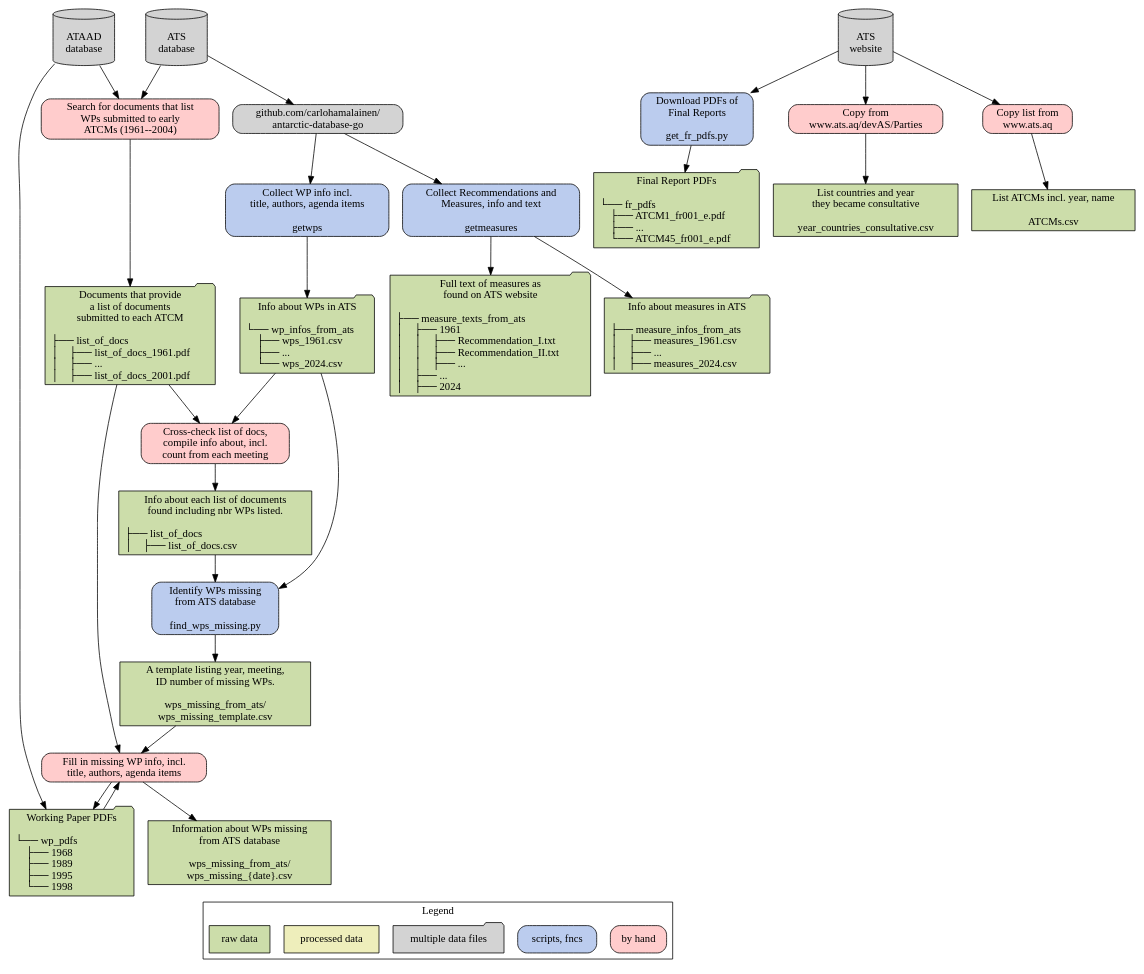
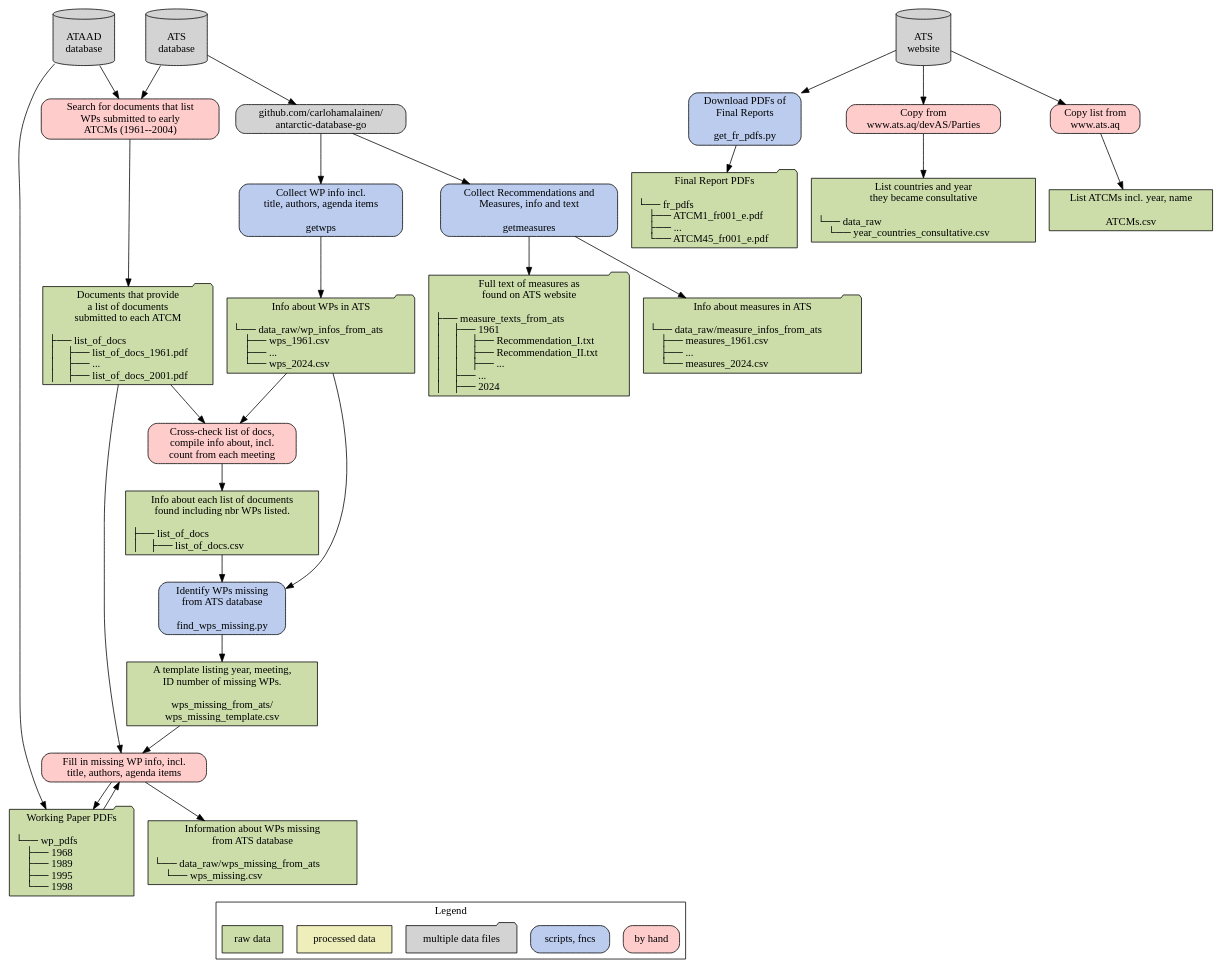
One commit to nadiahpk/antarctic-treaty-system-investigation changed the diagram in docs/data_raw/data_raw.dot. Above: the diagram before and after it, drawn with Graphviz. The commit also changed 11 other files, not shown here.

```diff
--- a/docs/data_raw/data_raw.dot
+++ b/docs/data_raw/data_raw.dot
@@ -1,88 +1,88 @@
 digraph {
 	graph [rankdir=TD];
 	node [label="\N", shape=rectangle, color="black"];
 
     // legend - separate out at end
     subgraph cluster_legend {
         label="Legend";
         leg3 [label="by hand", fillcolor="#ffcccc", style="rounded, filled"];
         // leg5 [label="scripts, fncs w. LLM", fillcolor="#cceeff", style="rounded, filled"];
         leg2 [label="scripts, fncs", fillcolor="#bbccee", style="rounded, filled"];
         leg4 [label="multiple data files", fillcolor="lightgray", style="filled", shape=folder];
         leg1 [label="processed data", fillcolor="#eeeebb", style="filled"];
         leg0 [label="raw data", fillcolor="#ccddaa", style="filled"];
         {rank="same" leg1 leg0 leg4 leg2 leg3};
     }
 
     // nodes
     { // databases
         node [fillcolor="lightgray", style="filled", shape="cylinder"];
         ATS [label="\nATS\ndatabase"];
         ATAAD [label="\nATAAD\ndatabase"];
         ATS_web [label="\nATS\nwebsite"];
         {rank="source" ATS ATAAD ATS_web};
     }
     { // Carlo's package
         node [style="rounded, filled", fillcolor="lightgray"];
         adg [label="github.com/carlohamalainen/\nantarctic-database-go"];
     }
     { // scripts and functions
         node [style="rounded, filled"];
         { // No LLM
             node [fillcolor="#bbccee"];
             getwps [label="Collect WP info incl.\ntitle, authors, agenda items\n\ngetwps"];
             getmeasures [label="Collect Recommendations and\nMeasures, info and text\n\ngetmeasures"];
             find_wps_missing [label="Identify WPs missing\nfrom ATS database\n\nfind_wps_missing.py"];
             get_fr_pdfs [label="Download PDFs of\nFinal Reports\n\nget_fr_pdfs.py"];
         }
         { // LLM
             node [fillcolor="#cceeff"];
         }
     { // raw data
         node [fillcolor="#ccddaa", style="filled"];
-        wp_infos_ats [label="Info about WPs in ATS\n\l└── wp_infos_from_ats\l     ├── wps_1961.csv\l     ├── ...\l     └── wps_2024.csv\l",shape="folder"];
-        measure_infos_ats [label="Info about measures in ATS\n\l├── measure_infos_from_ats\l│    ├── measures_1961.csv\l│    ├── ...\l│    ├── measures_2024.csv\l",shape="folder"];
+        wp_infos_ats [label="Info about WPs in ATS\n\l└── data_raw/wp_infos_from_ats\l     ├── wps_1961.csv\l     ├── ...\l     └── wps_2024.csv\l",shape="folder"];
+        measure_infos_ats [label="Info about measures in ATS\n\l└── data_raw/measure_infos_from_ats\l     ├── measures_1961.csv\l     ├── ...\l     └── measures_2024.csv\l",shape="folder"];
         measure_texts_ats [label="Full text of measures as\n found on ATS website\n\l├── measure_texts_from_ats\l│    ├── 1961\l│    │    ├── Recommendation_I.txt\l│    │    ├── Recommendation_II.txt\l│    │    ├── ...\l│    ├── ...\l│    ├── 2024\l",shape="folder"];
         list_of_docs_pdf [label="Documents that provide\na list of documents\nsubmitted to each ATCM\n\l├── list_of_docs\l│    ├── list_of_docs_1961.pdf\l│    ├── ...\l│    ├── list_of_docs_2001.pdf\l",shape="folder"];
         list_of_docs_csv [label="Info about each list of documents\nfound including nbr WPs listed.\n\n├── list_of_docs\l│    ├── list_of_docs.csv\l"];
         wps_missing_template [label="A template listing year, meeting,\nID number of missing WPs.\n\nwps_missing_from_ats/\nwps_missing_template.csv"];
-        wps_missing_csv [label="Information about WPs missing\nfrom ATS database\n\nwps_missing_from_ats/\nwps_missing_{date}.csv"];
+        wps_missing_csv [label="Information about WPs missing\nfrom ATS database\n\l└── data_raw/wps_missing_from_ats\l     └── wps_missing.csv\l"];
         wp_pdfs [label="Working Paper PDFs\n\n└── wp_pdfs\l     ├── 1968\l     ├── 1989\l     ├── 1995\l     └── 1998\l",shape="folder"];
         fr_pdfs [label="Final Report PDFs\n\n└── fr_pdfs\l     ├── ATCM1_fr001_e.pdf\l     ├── ...\l     └── ATCM45_fr001_e.pdf\l",shape="folder"];
-        year_countries_consultative [label="List countries and year\nthey became consultative\n\nyear_countries_consultative.csv"];
+        year_countries_consultative [label="List countries and year\nthey became consultative\n\l└── data_raw\l     └── year_countries_consultative.csv\l"];
         ATCMs [label="List ATCMs incl. year, name\n\nATCMs.csv"];
     }
 
     { // processed-data nodes
         node [fillcolor="#eeeebb", style="filled"];
         // node_name [label="words\n\nfile.txt"];
     }
     }
     { // by hand
         node [fillcolor="#ffcccc", style="rounded, filled"];
         search_list_of_docs [label="Search for documents that list\nWPs submitted to early\nATCMs (1961--2004)"];
         read_list_of_docs [label="Cross-check list of docs,\ncompile info about, incl.\ncount from each meeting"];
         fill_in_missing_wps [label="Fill in missing WP info, incl.\ntitle, authors, agenda items"];
         dload_year_countries_consultative [label="Copy from\nwww.ats.aq/devAS/Parties"];
         dload_ATCMs [label="Copy list from\nwww.ats.aq"];
     }
     { // Result
         node [shape="plaintext"];
         // dot_graph [label="Graph of connections between\n WPs, Recs, past and future meetings", fontsize="16"];
     }
 
     // connections
     ATS -> adg -> {getwps, getmeasures};
     getwps -> wp_infos_ats;
     getmeasures -> {measure_infos_ats, measure_texts_ats};
     {ATS, ATAAD} -> search_list_of_docs -> list_of_docs_pdf;
     {wp_infos_ats, list_of_docs_pdf} -> read_list_of_docs -> list_of_docs_csv;
     {wp_infos_ats, list_of_docs_csv} -> find_wps_missing -> wps_missing_template;
     {wps_missing_template, list_of_docs_pdf} -> fill_in_missing_wps -> wps_missing_csv;
     fill_in_missing_wps -> wp_pdfs -> fill_in_missing_wps;
     ATAAD -> wp_pdfs;
     ATS_web -> get_fr_pdfs -> fr_pdfs;
     ATS_web -> dload_year_countries_consultative -> year_countries_consultative;
     ATS_web -> dload_ATCMs -> ATCMs;
     wps_missing_csv -> leg0 [style="invis"];
 }
```
